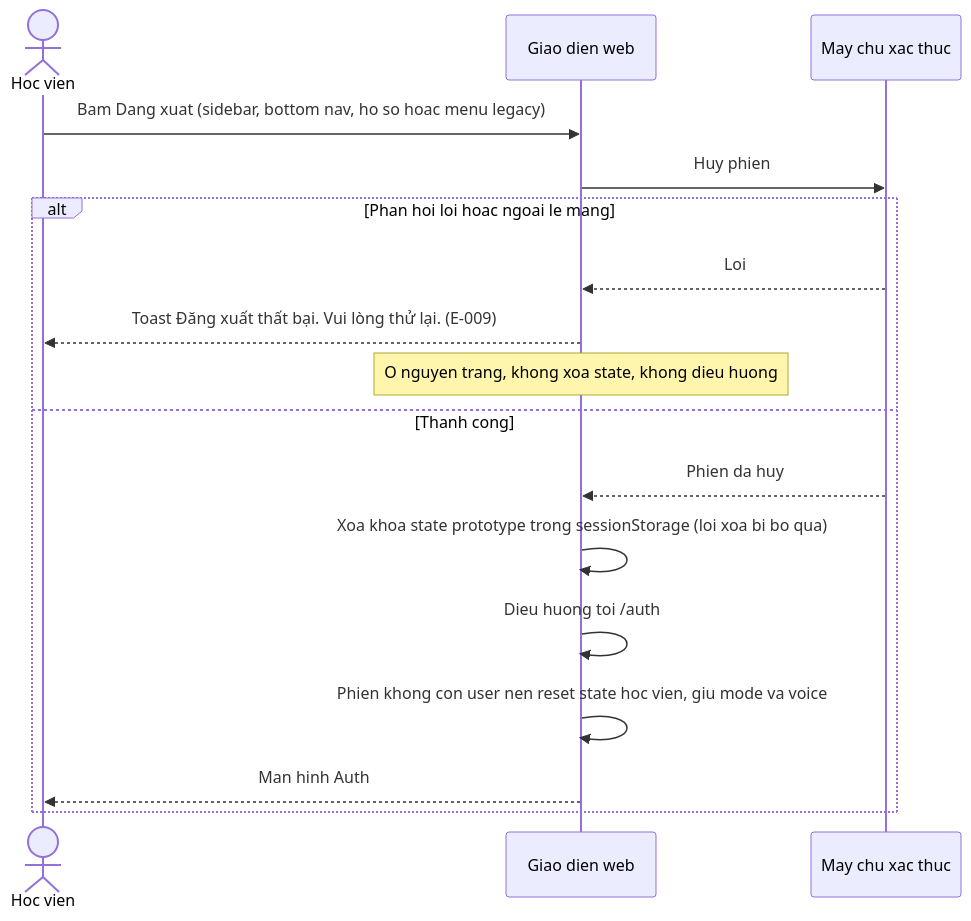
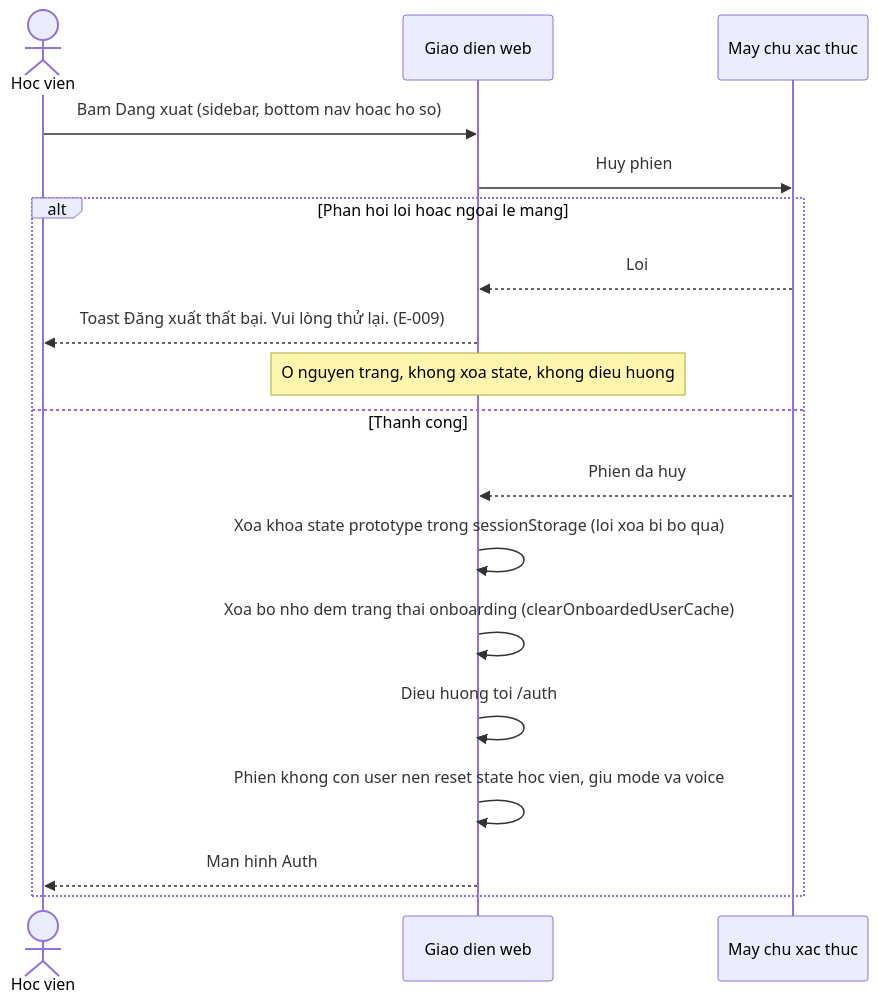
The seventh of 14 diagrams in docs/_reverse/auth-account/srs/auth-account-reverse-flows.md (vinh19410/vox-flow), drawn with Mermaid before and after one commit. The commit also changed other lines of this file and 16 other files, not shown here.

````diff
--- a/docs/_reverse/auth-account/srs/auth-account-reverse-flows.md
+++ b/docs/_reverse/auth-account/srs/auth-account-reverse-flows.md
@@ -167,19 +183,20 @@
 ```mermaid
 sequenceDiagram
     actor H as Hoc vien
     participant W as Giao dien web
     participant S as May chu xac thuc
-    H->>W: Bam Dang xuat (sidebar, bottom nav, ho so hoac menu legacy)
+    H->>W: Bam Dang xuat (sidebar, bottom nav hoac ho so)
     W->>S: Huy phien
     alt Phan hoi loi hoac ngoai le mang
         S-->>W: Loi
         W-->>H: Toast Đăng xuất thất bại. Vui lòng thử lại. (E-009)
         Note over W: O nguyen trang, khong xoa state, khong dieu huong
     else Thanh cong
         S-->>W: Phien da huy
         W->>W: Xoa khoa state prototype trong sessionStorage (loi xoa bi bo qua)
+        W->>W: Xoa bo nho dem trang thai onboarding (clearOnboardedUserCache)
         W->>W: Dieu huong toi /auth
         W->>W: Phien khong con user nen reset state hoc vien, giu mode va voice
         W-->>H: Man hinh Auth
     end
 ```
````
